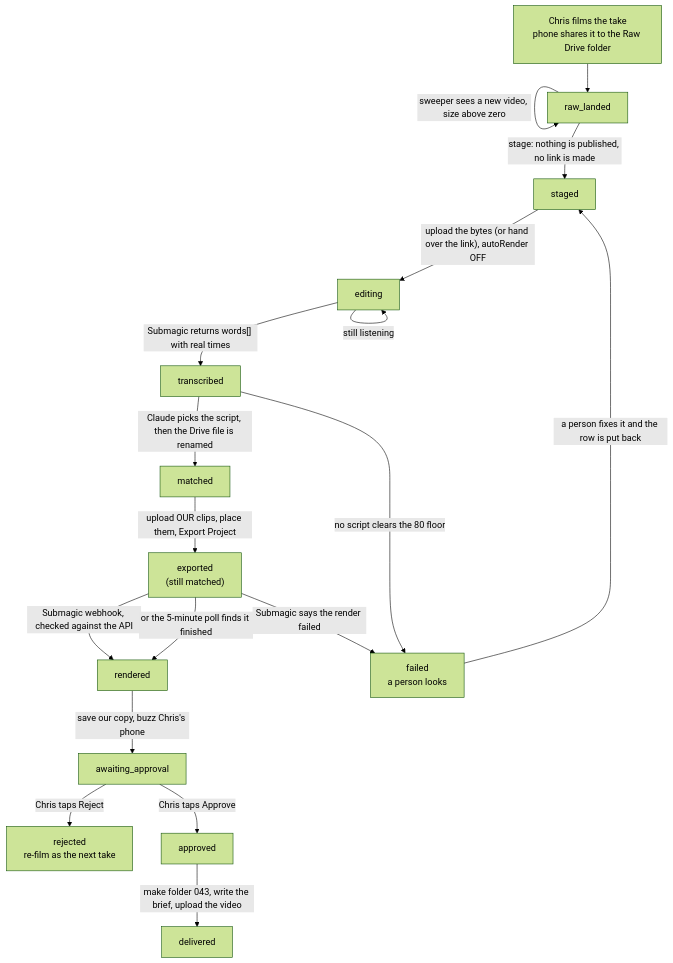
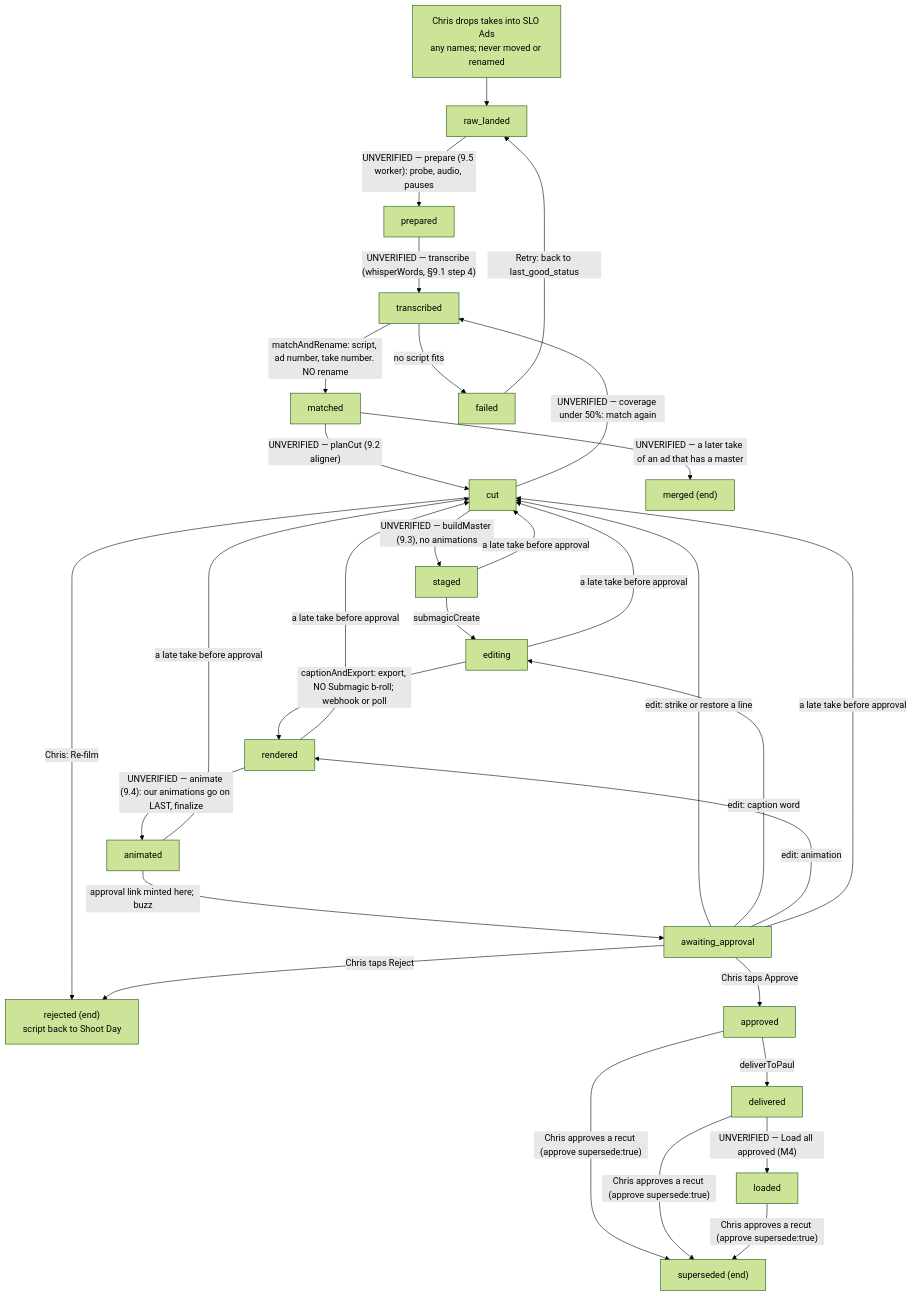
The diagram in docs/journeys/ad-video-flow.md (ZootimusMaximusSupreme/Fundhub_ai), drawn with Mermaid (forest theme) before and after one commit. The commit also changed other lines of this file and 20 other files, not shown here.

````diff
--- a/docs/journeys/ad-video-flow.md
+++ b/docs/journeys/ad-video-flow.md
@@ -22,20 +21,27 @@
 ```mermaid
 flowchart TD
-    A["Chris films the take<br/>phone shares it to the Raw Drive folder"] --> B["raw_landed"]
-    B -->|"sweeper sees a new video, size above zero"| B
-    B -->|"stage: nothing is published, no link is made"| C["staged"]
-    C -->|"upload the bytes (or hand over the link), autoRender OFF"| D["editing"]
-    D -->|"Submagic returns words[] with real times"| E["transcribed"]
-    D -->|"still listening"| D
-    E -->|"Claude picks the script, then the Drive file is renamed"| F["matched"]
-    E -->|"no script clears the 80 floor"| X["failed<br/>a person looks"]
-    F -->|"upload OUR clips, place them, Export Project"| F2["exported<br/>(still matched)"]
-    F2 -->|"Submagic webhook, checked against the API"| G["rendered"]
-    F2 -->|"or the 5-minute poll finds it finished"| G
-    F2 -->|"Submagic says the render failed"| X
-    G -->|"save our copy, buzz Chris's phone"| H["awaiting_approval"]
-    H -->|"Chris taps Reject"| R["rejected<br/>re-film as the next take"]
-    H -->|"Chris taps Approve"| I["approved"]
-    I -->|"make folder 043, write the brief, upload the video"| J["delivered"]
-    X -->|"a person fixes it and the row is put back"| C
+    A["Chris drops takes into SLO Ads<br/>any names; never moved or renamed"] --> B["raw_landed"]
+    B -->|"UNVERIFIED — prepare (9.5 worker): probe, audio, pauses"| P["prepared"]
+    P -->|"UNVERIFIED — transcribe (whisperWords, §9.1 step 4)"| T["transcribed"]
+    T -->|"matchAndRename: script, ad number, take number. NO rename"| M["matched"]
+    T -->|"no script fits"| X["failed"]
+    M -->|"UNVERIFIED — planCut (9.2 aligner)"| C["cut"]
+    M -->|"UNVERIFIED — a later take of an ad that has a master"| MG["merged (end)"]
+    C -->|"UNVERIFIED — buildMaster (9.3), no animations"| S["staged"]
+    C -->|"UNVERIFIED — coverage under 50%: match again"| T
+    C -->|"Chris: Re-film"| RJ["rejected (end)<br/>script back to Shoot Day"]
+    S -->|"submagicCreate"| E["editing"]
+    E -->|"captionAndExport: export, NO Submagic b-roll; webhook or poll"| R["rendered"]
+    R -->|"UNVERIFIED — animate (9.4): our animations go on LAST, finalize"| AN["animated"]
+    AN -->|"approval link minted here; buzz"| W["awaiting_approval"]
+    W -->|"Chris taps Approve"| AP["approved"]
+    W -->|"Chris taps Reject"| RJ
+    W -->|"edit: strike or restore a line"| C
+    W -->|"edit: caption word"| E
+    W -->|"edit: animation"| R
+    S & E & R & AN & W -->|"a late take before approval"| C
+    AP -->|"deliverToPaul"| D["delivered"]
+    D -->|"UNVERIFIED — Load all approved (M4)"| L["loaded"]
+    AP & D & L -->|"Chris approves a recut (approve supersede:true)"| SU["superseded (end)"]
+    X -->|"Retry: back to last_good_status"| B
 ```
````
